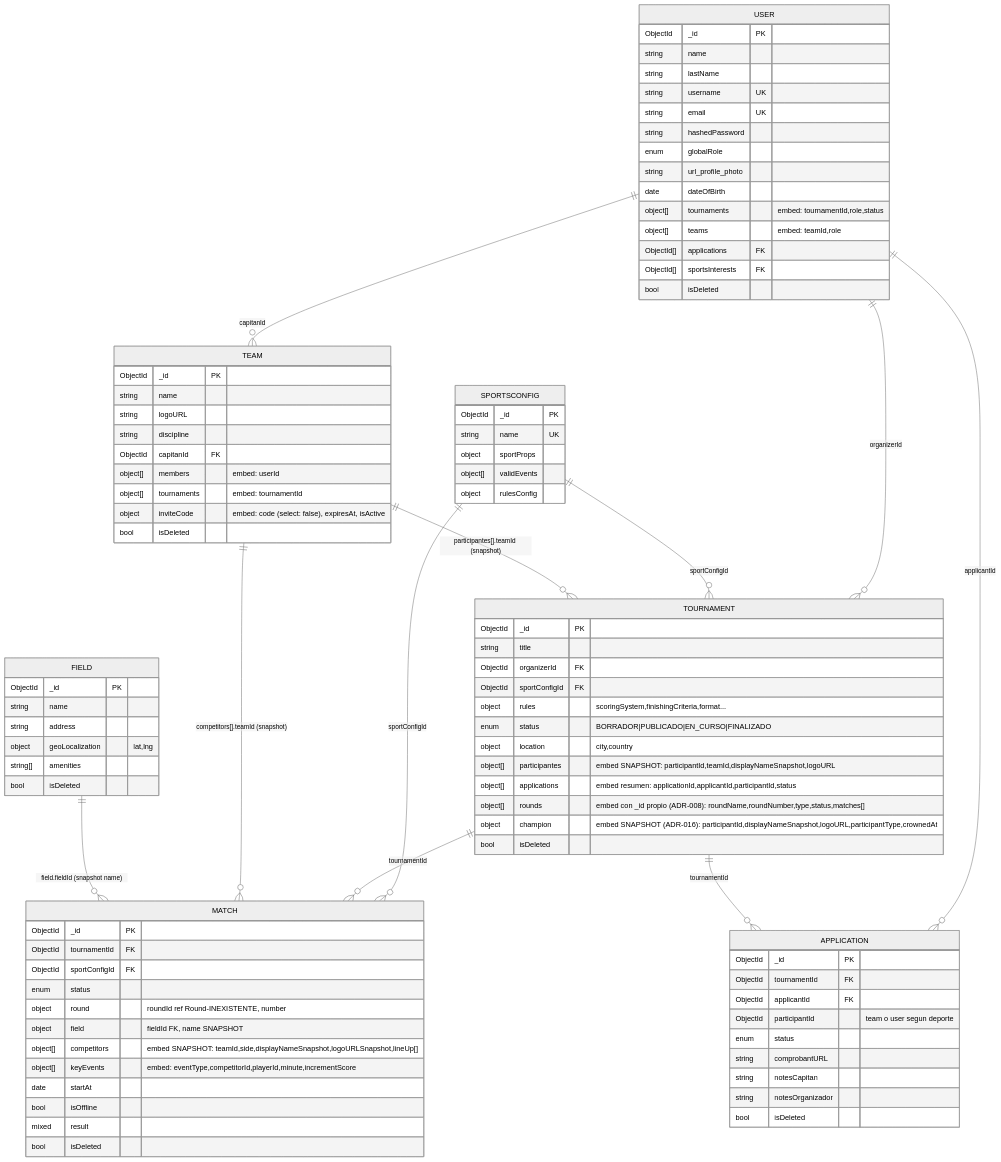
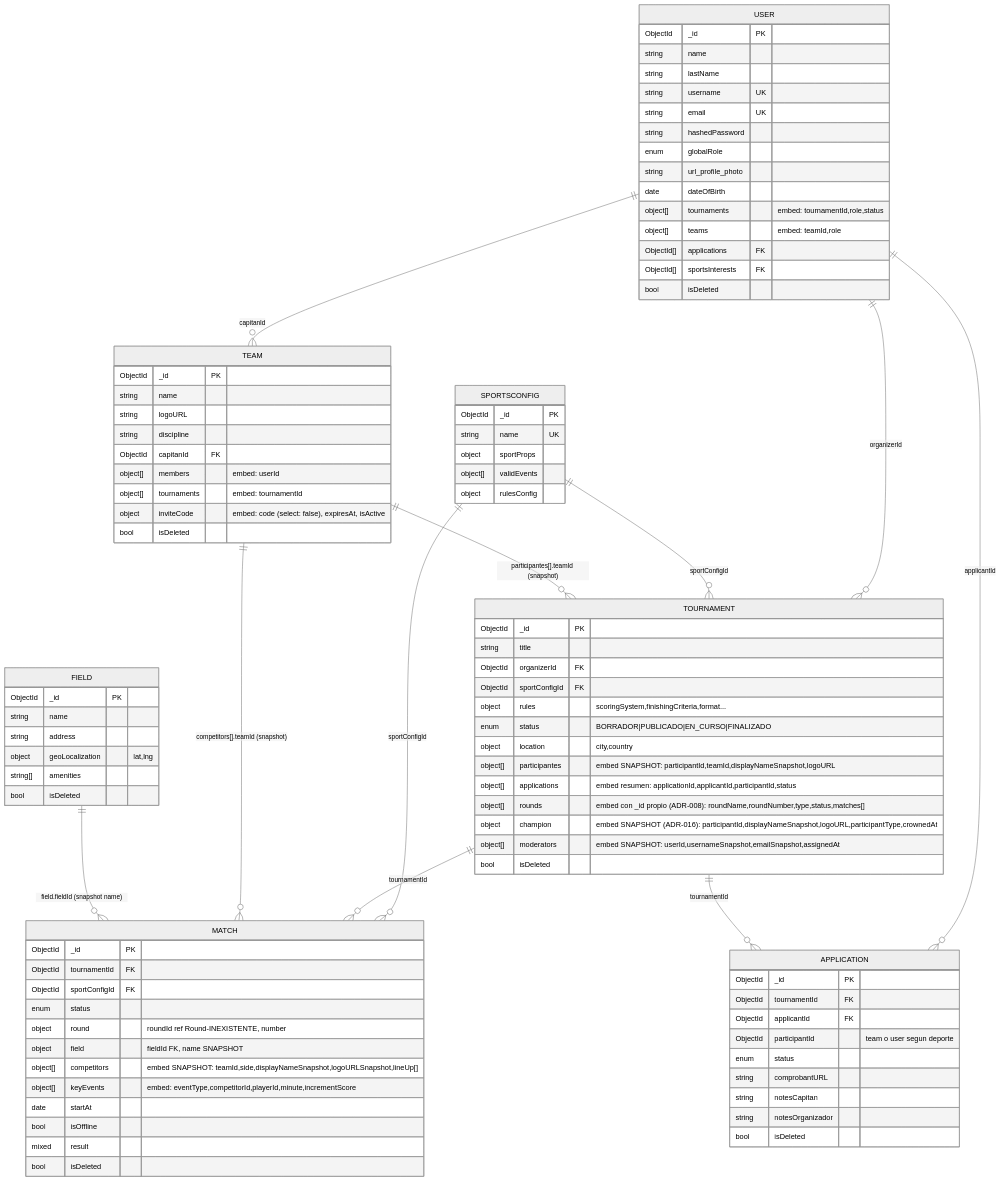
The diagram in contexto/04-Modelo-de-Datos (1).md (RamiroRodriguezC/gestor-torneos), drawn with Mermaid (neutral theme) before and after one commit. The commit also changed other lines of this file and 2 other files, not shown here.

```diff
--- a/contexto/04-Modelo-de-Datos (1).md
+++ b/contexto/04-Modelo-de-Datos (1).md
@@ -64,6 +64,7 @@
         object[] applications "embed resumen: applicationId,applicantId,participantId,status"
         object[] rounds "embed con _id propio (ADR-008): roundName,roundNumber,type,status,matches[]"
         object champion "embed SNAPSHOT (ADR-016): participantId,displayNameSnapshot,logoURL,participantType,crownedAt"
+        object[] moderators "embed SNAPSHOT: userId,usernameSnapshot,emailSnapshot,assignedAt"
         bool isDeleted
     }
 
```
